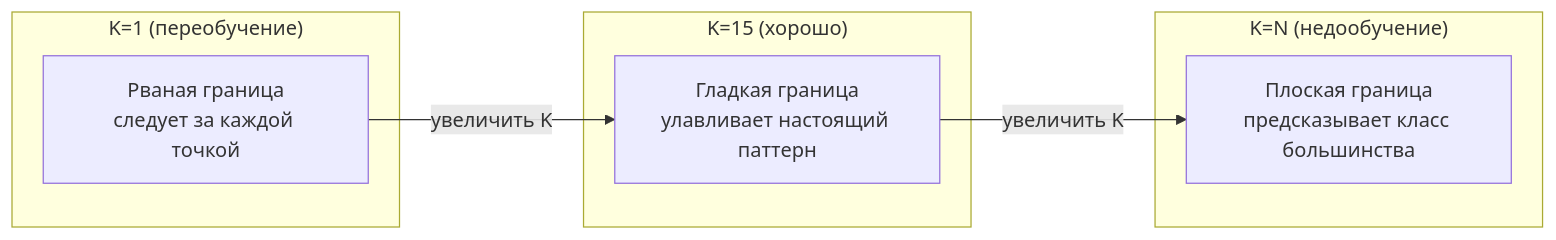
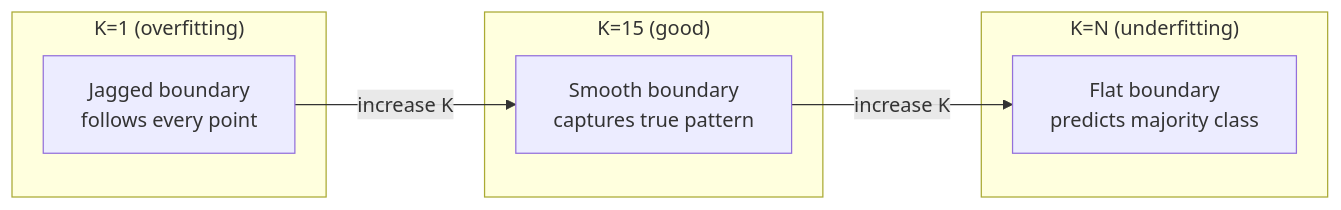
One commit to stabuev/ai-engineering-from-scratch changed the second of 3 diagrams in phases/02-ml-fundamentals/06-knn-and-distances/docs/ru.md. Above: the diagram before and after it, drawn with Mermaid. The commit also changed other lines of this file and 182 other files, not shown here.

````diff
--- a/phases/02-ml-fundamentals/06-knn-and-distances/docs/ru.md
+++ b/phases/02-ml-fundamentals/06-knn-and-distances/docs/ru.md
@@ -66,13 +66,13 @@
 ```mermaid
 graph LR
-    subgraph "K=1 (переобучение)"
-        A["Рваная граница<br>следует за каждой точкой"]
+    subgraph "K=1 (overfitting)"
+        A["Jagged boundary<br>follows every point"]
     end
-    subgraph "K=15 (хорошо)"
-        B["Гладкая граница<br>улавливает настоящий паттерн"]
+    subgraph "K=15 (good)"
+        B["Smooth boundary<br>captures true pattern"]
     end
-    subgraph "K=N (недообучение)"
-        C["Плоская граница<br>предсказывает класс большинства"]
+    subgraph "K=N (underfitting)"
+        C["Flat boundary<br>predicts majority class"]
     end
-    A -->|"увеличить K"| B -->|"увеличить K"| C
+    A -->|"increase K"| B -->|"increase K"| C
 ```
````
